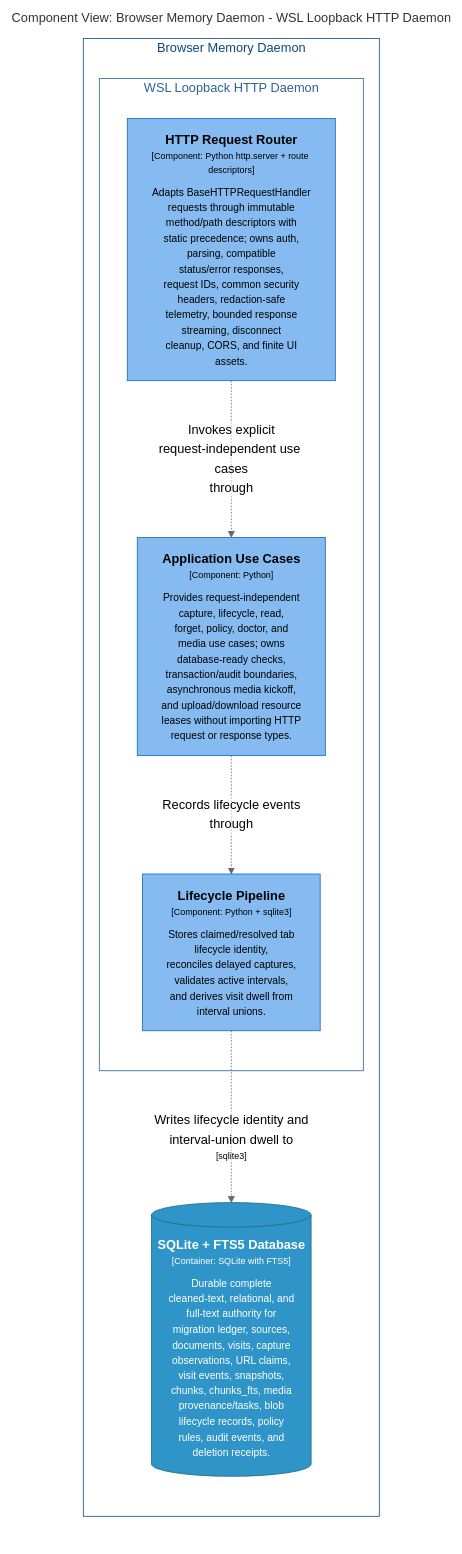
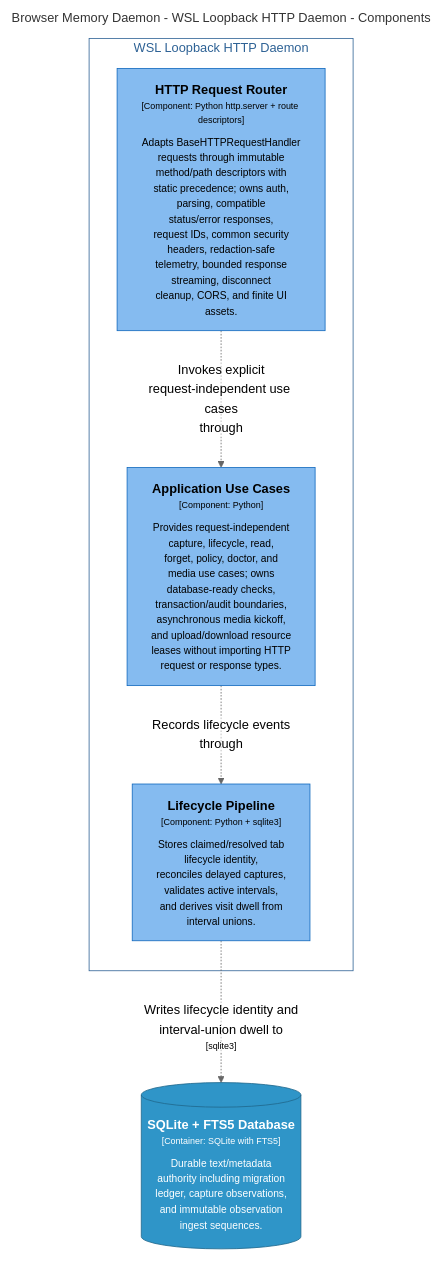
The diagram in docs/architecture/diagrams/markdown/DaemonLifecycleComponents.md (michaelnicks0/browser-memory-daemon), drawn with Mermaid (neutral theme) before and after one commit. The commit also changed 331 other files, not shown here.

Commit message:
docs: refresh architecture and publish surfaces

````diff
--- a/docs/architecture/diagrams/markdown/DaemonLifecycleComponents.md
+++ b/docs/architecture/diagrams/markdown/DaemonLifecycleComponents.md
@@ -16,31 +16,26 @@
 ```mermaid
 graph LR
   linkStyle default fill:#ffffff
 
-  subgraph diagram ["Component View: Browser Memory Daemon - WSL Loopback HTTP Daemon"]
+  subgraph diagram ["Browser Memory Daemon - WSL Loopback HTTP Daemon - Components"]
     style diagram fill:#ffffff,stroke:#ffffff
 
-    subgraph 4 ["Browser Memory Daemon"]
-      style 4 fill:#ffffff,stroke:#0b4884,color:#0b4884
+    49[("<div style='font-weight: bold'>SQLite + FTS5 Database</div><div style='font-size: 70%; margin-top: 0px'>[Container: SQLite with FTS5]</div><div style='font-size: 80%; margin-top:10px'>Durable text/metadata<br />authority including migration<br />ledger, capture observations,<br />and immutable observation<br />ingest sequences.</div>")]
+    style 49 fill:#2f95c8,stroke:#20688c,color:#ffffff
 
-      subgraph 22 ["WSL Loopback HTTP Daemon"]
-        style 22 fill:#ffffff,stroke:#2e6295,color:#2e6295
+    subgraph 22 ["WSL Loopback HTTP Daemon"]
+      style 22 fill:#ffffff,stroke:#2e6295,color:#2e6295
 
-        23["<div style='font-weight: bold'>HTTP Request Router</div><div style='font-size: 70%; margin-top: 0px'>[Component: Python http.server + route descriptors]</div><div style='font-size: 80%; margin-top:10px'>Adapts BaseHTTPRequestHandler<br />requests through immutable<br />method/path descriptors with<br />static precedence; owns auth,<br />parsing, compatible<br />status/error responses,<br />request IDs, common security<br />headers, redaction-safe<br />telemetry, bounded response<br />streaming, disconnect<br />cleanup, CORS, and finite UI<br />assets.</div>"]
-        style 23 fill:#85bbf0,stroke:#1168bd,color:#000000
-        24["<div style='font-weight: bold'>Application Use Cases</div><div style='font-size: 70%; margin-top: 0px'>[Component: Python]</div><div style='font-size: 80%; margin-top:10px'>Provides request-independent<br />capture, lifecycle, read,<br />forget, policy, doctor, and<br />media use cases; owns<br />database-ready checks,<br />transaction/audit boundaries,<br />asynchronous media kickoff,<br />and upload/download resource<br />leases without importing HTTP<br />request or response types.</div>"]
-        style 24 fill:#85bbf0,stroke:#1168bd,color:#000000
-        29["<div style='font-weight: bold'>Lifecycle Pipeline</div><div style='font-size: 70%; margin-top: 0px'>[Component: Python + sqlite3]</div><div style='font-size: 80%; margin-top:10px'>Stores claimed/resolved tab<br />lifecycle identity,<br />reconciles delayed captures,<br />validates active intervals,<br />and derives visit dwell from<br />interval unions.</div>"]
-        style 29 fill:#85bbf0,stroke:#1168bd,color:#000000
-      end
-
-      48[("<div style='font-weight: bold'>SQLite + FTS5 Database</div><div style='font-size: 70%; margin-top: 0px'>[Container: SQLite with FTS5]</div><div style='font-size: 80%; margin-top:10px'>Durable complete<br />cleaned-text, relational, and<br />full-text authority for<br />migration ledger, sources,<br />documents, visits, capture<br />observations, URL claims,<br />visit events, snapshots,<br />chunks, chunks_fts, media<br />provenance/tasks, blob<br />lifecycle records, policy<br />rules, audit events, and<br />deletion receipts.</div>")]
-      style 48 fill:#2f95c8,stroke:#20688c,color:#ffffff
+      23["<div style='font-weight: bold'>HTTP Request Router</div><div style='font-size: 70%; margin-top: 0px'>[Component: Python http.server + route descriptors]</div><div style='font-size: 80%; margin-top:10px'>Adapts BaseHTTPRequestHandler<br />requests through immutable<br />method/path descriptors with<br />static precedence; owns auth,<br />parsing, compatible<br />status/error responses,<br />request IDs, common security<br />headers, redaction-safe<br />telemetry, bounded response<br />streaming, disconnect<br />cleanup, CORS, and finite UI<br />assets.</div>"]
+      style 23 fill:#85bbf0,stroke:#1168bd,color:#000000
+      24["<div style='font-weight: bold'>Application Use Cases</div><div style='font-size: 70%; margin-top: 0px'>[Component: Python]</div><div style='font-size: 80%; margin-top:10px'>Provides request-independent<br />capture, lifecycle, read,<br />forget, policy, doctor, and<br />media use cases; owns<br />database-ready checks,<br />transaction/audit boundaries,<br />asynchronous media kickoff,<br />and upload/download resource<br />leases without importing HTTP<br />request or response types.</div>"]
+      style 24 fill:#85bbf0,stroke:#1168bd,color:#000000
+      29["<div style='font-weight: bold'>Lifecycle Pipeline</div><div style='font-size: 70%; margin-top: 0px'>[Component: Python + sqlite3]</div><div style='font-size: 80%; margin-top:10px'>Stores claimed/resolved tab<br />lifecycle identity,<br />reconciles delayed captures,<br />validates active intervals,<br />and derives visit dwell from<br />interval unions.</div>"]
+      style 29 fill:#85bbf0,stroke:#1168bd,color:#000000
     end
 
     23-. "<div>Invokes explicit<br />request-independent use cases<br />through</div><div style='font-size: 70%'></div>" .->24
     24-. "<div>Records lifecycle events<br />through</div><div style='font-size: 70%'></div>" .->29
-    29-. "<div>Writes lifecycle identity and<br />interval-union dwell to</div><div style='font-size: 70%'>[sqlite3]</div>" .->48
-
+    29-. "<div>Writes lifecycle identity and<br />interval-union dwell to</div><div style='font-size: 70%'>[sqlite3]</div>" .->49
   end
 ```
````
